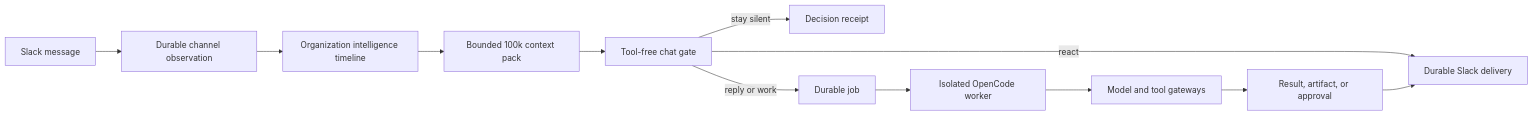
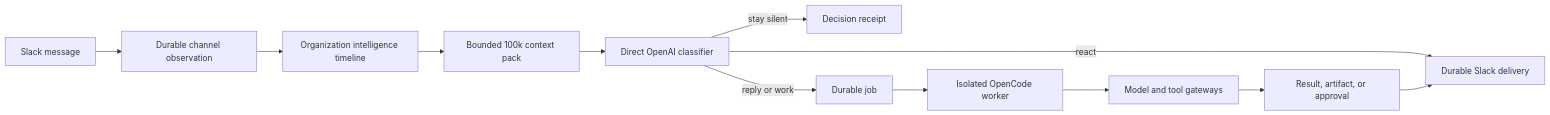
One commit to telemetryOS/tos-tag changed the first of 2 diagrams in README.md. Above: the diagram before and after it, drawn with Mermaid. The commit also changed other lines of this file and 85 other files, not shown here.

````diff
--- a/README.md
+++ b/README.md
@@ -52,14 +55,14 @@
 ```mermaid
 flowchart LR
     S["Slack message"] --> O["Durable channel observation"]
     O --> I["Organization intelligence timeline"]
     I --> C["Bounded 100k context pack"]
-    C --> D["Tool-free chat gate"]
+    C --> D["Direct OpenAI classifier"]
     D -->|"stay silent"| R["Decision receipt"]
     D -->|"react"| Q["Durable Slack delivery"]
     D -->|"reply or work"| J["Durable job"]
     J --> W["Isolated OpenCode worker"]
     W --> G["Model and tool gateways"]
     G --> X["Result, artifact, or approval"]
     X --> Q
 ```
````
